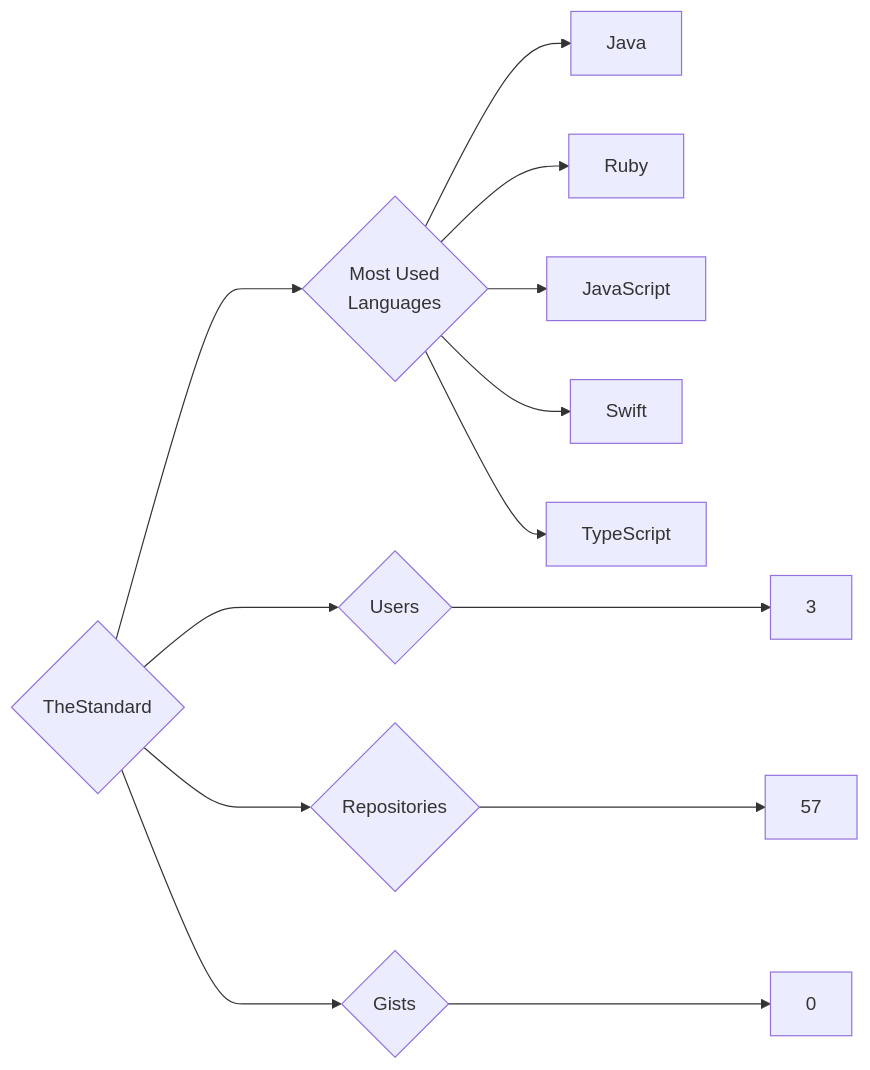
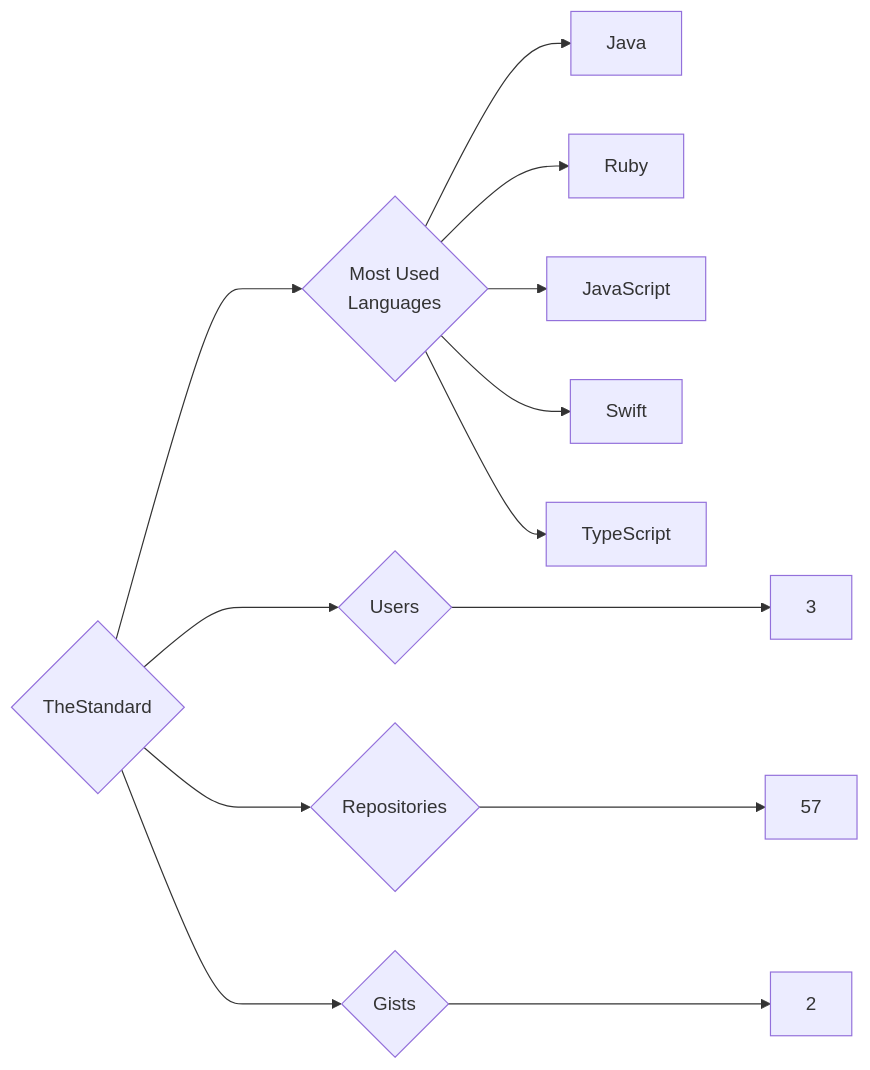
The diagram in targets/TheStandard/README.md (trickest/insiders), drawn with Mermaid before and after one commit. The commit also changed 898 other files, not shown here.

````diff
--- a/targets/TheStandard/README.md
+++ b/targets/TheStandard/README.md
@@ -3,13 +3,13 @@
 ```mermaid
 graph LR
 COMPANY_NAME{TheStandard}
 COMPANY_NAME ---> U{Users} ---> UN[3]
 COMPANY_NAME ---> R{Repositories} ---> RN[57]
-COMPANY_NAME ---> G{Gists} ---> GN[0]
+COMPANY_NAME ---> G{Gists} ---> GN[2]
 COMPANY_NAME ---> ML{Most Used<br>Languages}
 ML --> Java[Java]
 ML --> Ruby[Ruby]
 ML --> JavaScript[JavaScript]
 ML --> Swift[Swift]
 ML --> TypeScript[TypeScript]
 ```
````
